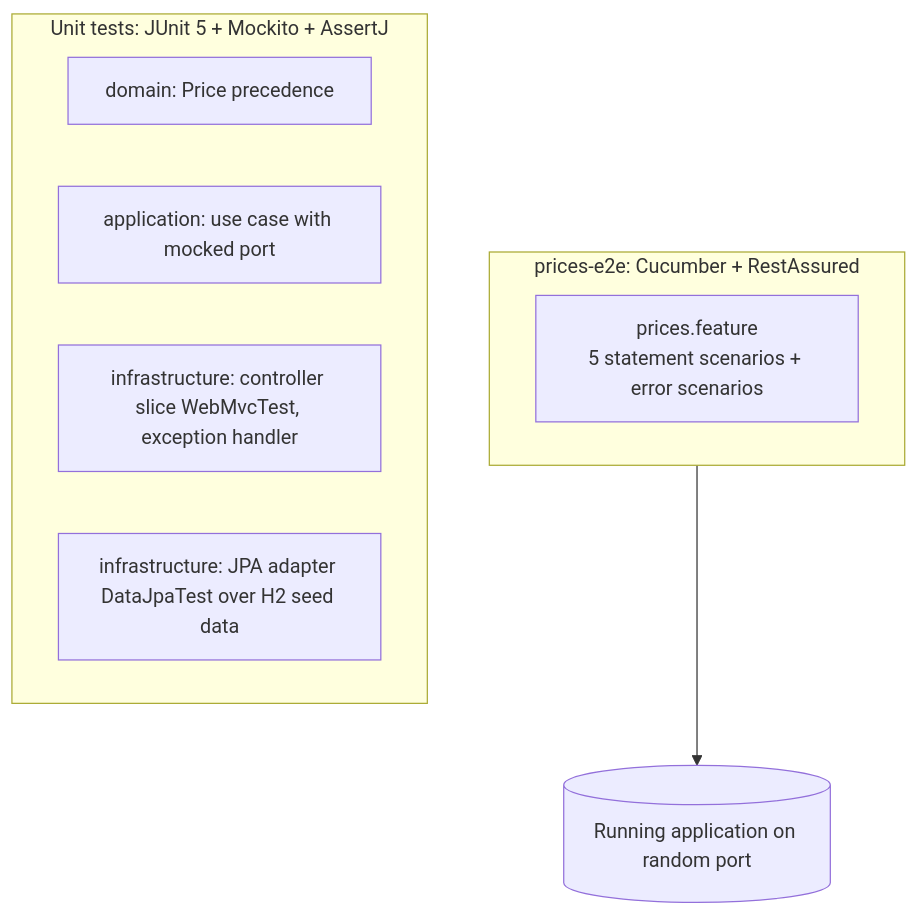
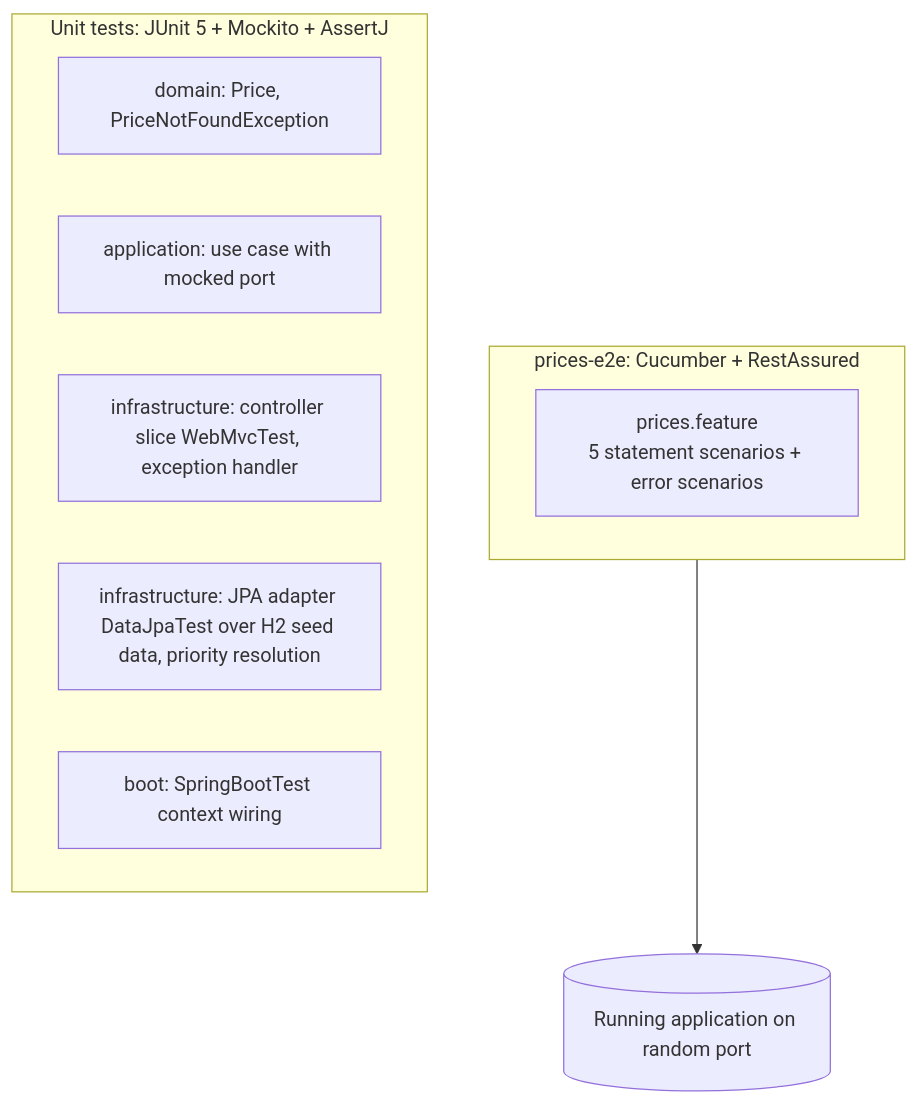
One commit to burillolo/inditex-prices changed the diagram in docs/adr/0005-testing-strategy.md. Above: the diagram before and after it, drawn with Mermaid. The commit also changed 32 other files, not shown here.

````diff
--- a/docs/adr/0005-testing-strategy.md
+++ b/docs/adr/0005-testing-strategy.md
@@ -13,13 +13,14 @@
 ```mermaid
 flowchart TB
     subgraph e2e[prices-e2e: Cucumber + RestAssured]
         features[prices.feature<br/>5 statement scenarios + error scenarios]
     end
     subgraph unit[Unit tests: JUnit 5 + Mockito + AssertJ]
-        d[domain: Price precedence]
+        d[domain: Price, PriceNotFoundException]
         a[application: use case with mocked port]
         r[infrastructure: controller slice WebMvcTest, exception handler]
-        p[infrastructure: JPA adapter DataJpaTest over H2 seed data]
+        p[infrastructure: JPA adapter DataJpaTest over H2 seed data, priority resolution]
+        b[boot: SpringBootTest context wiring]
     end
     e2e --> app[(Running application on random port)]
 ```
````
